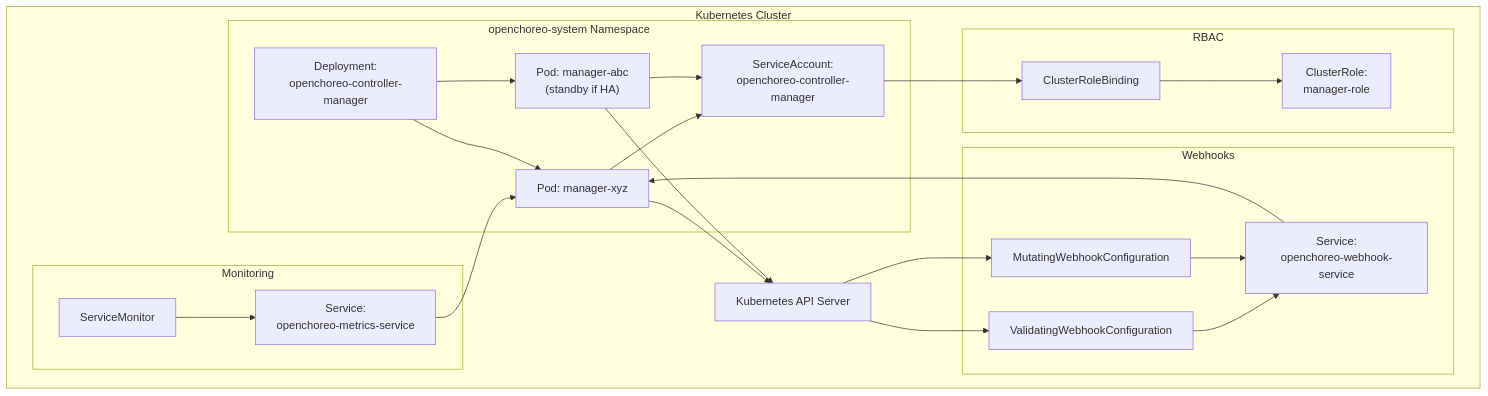
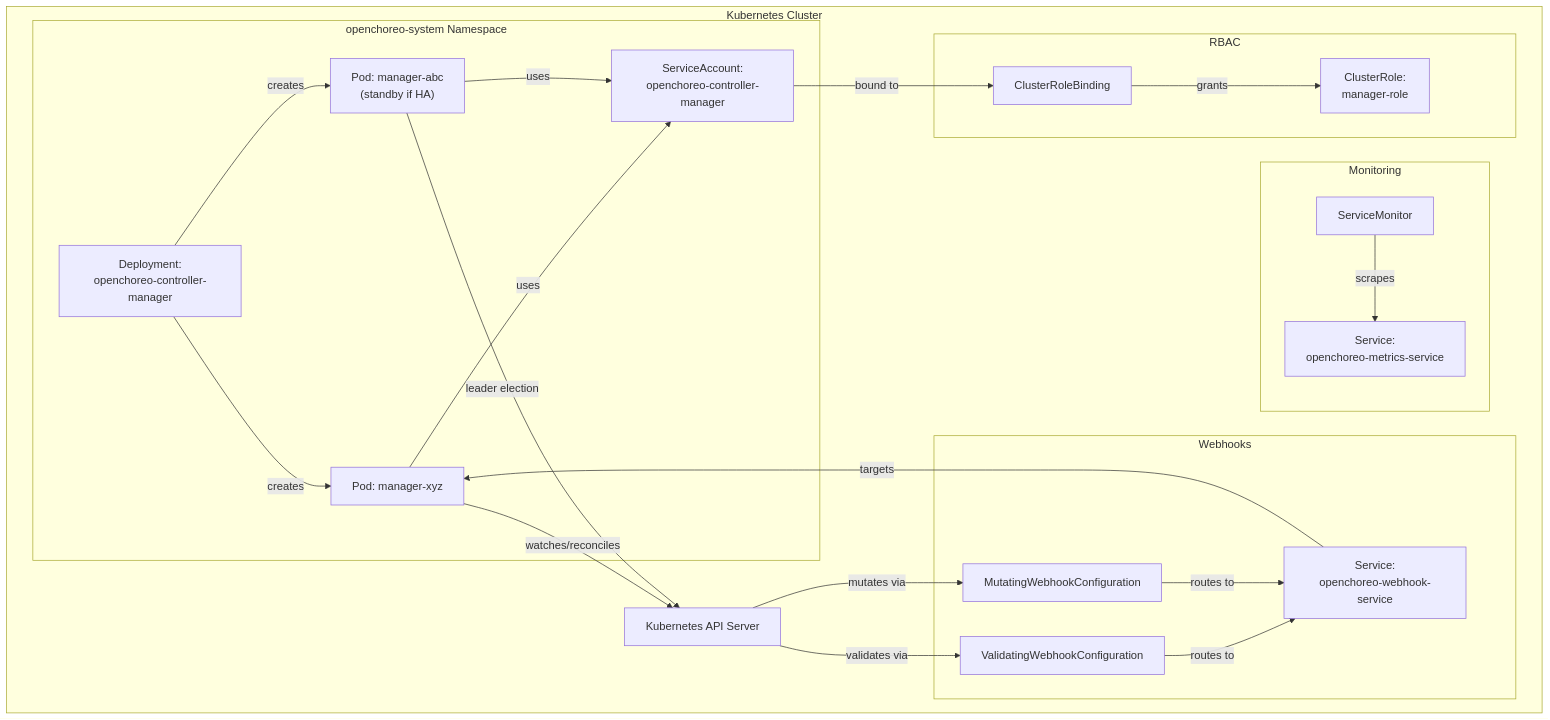
Before and after one commit to openchoreo/openchoreo: the third of 3 diagrams in docs/deepwiki/Controller-Manager.md, drawn with Mermaid. The commit also changed other lines of this file and 85 other files, not shown here.

Commit message:
feat: Add new workflow and specification templates, update Helm chart dependencies, and clarify documentation diagrams.

````diff
--- a/docs/deepwiki/Controller-Manager.md
+++ b/docs/deepwiki/Controller-Manager.md
@@ -486,58 +486,57 @@
 ```mermaid
 flowchart TD
 
 MS_Svc["Service:<br>openchoreo-metrics-service"]
 Deploy["Deployment:<br>openchoreo-controller-manager"]
 Pod1["Pod: manager-xyz"]
 Pod2["Pod: manager-abc<br>(standby if HA)"]
 SA["ServiceAccount:<br>openchoreo-controller-manager"]
 CRB["ClusterRoleBinding"]
 CR["ClusterRole:<br>manager-role"]
 API["Kubernetes API Server"]
 VS["ValidatingWebhookConfiguration"]
 MS["MutatingWebhookConfiguration"]
 WS["Service:<br>openchoreo-webhook-service"]
 SM["ServiceMonitor"]
 
 subgraph subGraph4 ["Kubernetes Cluster"]
     API
-    SA --> CRB
-    Pod1 --> API
-    Pod2 --> API
-    API --> VS
-    API --> MS
-    WS --> Pod1
-    MS_Svc --> Pod1
+    SA -->|"bound to"| CRB
+    Pod1 -->|"watches/reconciles"| API
+    Pod2 -->|"leader election"| API
+    API -->|"validates via"| VS
+    API -->|"mutates via"| MS
+    WS -->|"targets"| Pod1
 
 subgraph Monitoring ["Monitoring"]
     MS_Svc
     SM
-    SM --> MS_Svc
+    SM -->|"scrapes"| MS_Svc
 end
 
 subgraph Webhooks ["Webhooks"]
     VS
     MS
     WS
-    VS --> WS
-    MS --> WS
+    VS -->|"routes to"| WS
+    MS -->|"routes to"| WS
 end
 
 subgraph RBAC ["RBAC"]
     CRB
     CR
-    CRB --> CR
+    CRB -->|"grants"| CR
 end
 
 subgraph subGraph0 ["openchoreo-system Namespace"]
     Deploy
     Pod1
     Pod2
     SA
-    Deploy --> Pod1
-    Deploy --> Pod2
-    Pod1 --> SA
-    Pod2 --> SA
+    Deploy -->|"creates"| Pod1
+    Deploy -->|"creates"| Pod2
+    Pod1 -->|"uses"| SA
+    Pod2 -->|"uses"| SA
 end
 end
 ```
````
